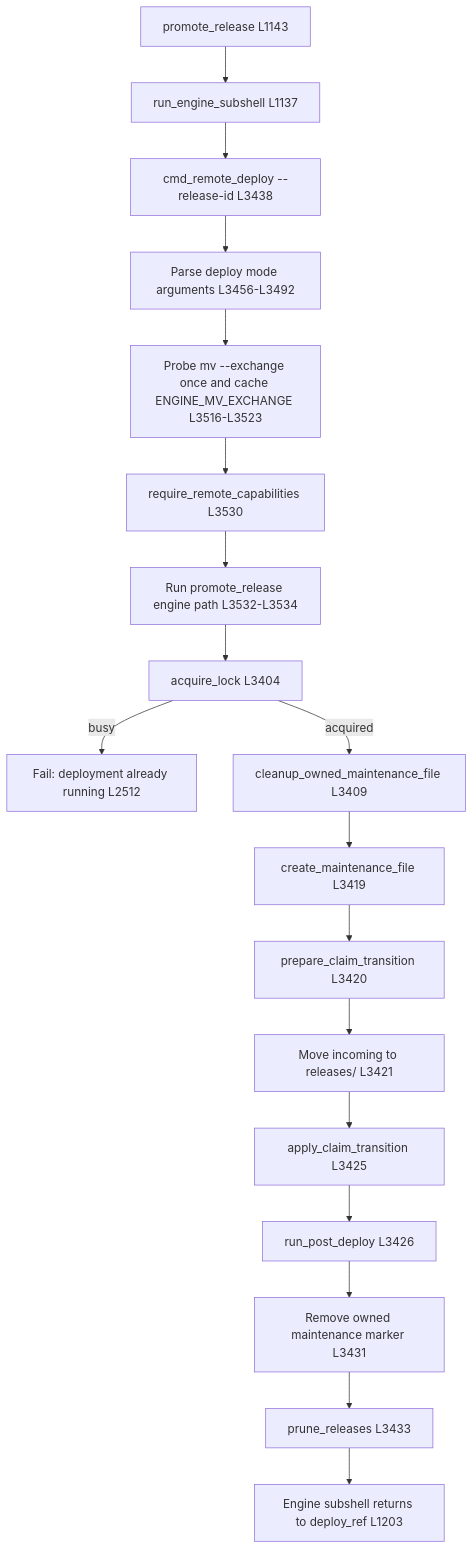
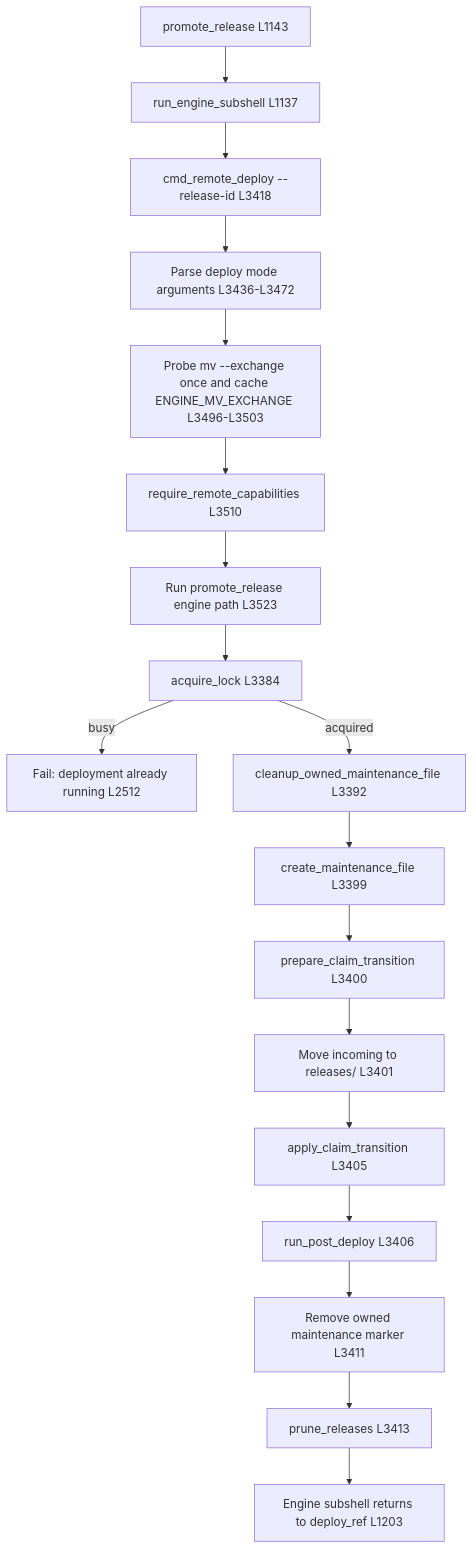
The eighth of 13 diagrams in docs/code-flow.md (aipokalyptik/wpcloud-site-git-deploy), drawn with Mermaid before and after one commit. The commit also changed other lines of this file and 5 other files, not shown here.

````diff
--- a/docs/code-flow.md
+++ b/docs/code-flow.md
@@ -277,21 +277,21 @@
 ```mermaid
 flowchart TD
   PROMOTE["promote_release L1143"] --> SUBSHELL["run_engine_subshell L1137"]
-  SUBSHELL --> ENGINE["cmd_remote_deploy --release-id L3438"]
-  ENGINE --> PARSE["Parse deploy mode arguments L3456-L3492"]
-  PARSE --> EXCHANGE["Probe mv --exchange once and cache ENGINE_MV_EXCHANGE L3516-L3523"]
-  EXCHANGE --> REQ["require_remote_capabilities L3530"]
-  REQ --> PATH["Run promote_release engine path L3532-L3534"]
+  SUBSHELL --> ENGINE["cmd_remote_deploy --release-id L3418"]
+  ENGINE --> PARSE["Parse deploy mode arguments L3436-L3472"]
+  PARSE --> EXCHANGE["Probe mv --exchange once and cache ENGINE_MV_EXCHANGE L3496-L3503"]
+  EXCHANGE --> REQ["require_remote_capabilities L3510"]
+  REQ --> PATH["Run promote_release engine path L3523"]
 
-  PATH --> LOCK["acquire_lock L3404"]
+  PATH --> LOCK["acquire_lock L3384"]
   LOCK -->|busy| BUSY["Fail: deployment already running L2512"]
-  LOCK -->|acquired| STALE["cleanup_owned_maintenance_file L3409"]
-  STALE --> MARKER["create_maintenance_file L3419"]
-  MARKER --> PREPARE["prepare_claim_transition L3420"]
-  PREPARE --> MOVE["Move incoming to releases/<release-id> L3421"]
-  MOVE --> APPLY["apply_claim_transition L3425"]
-  APPLY --> POST["run_post_deploy L3426"]
-  POST --> CLEAR["Remove owned maintenance marker L3431"]
-  CLEAR --> PRUNE["prune_releases L3433"]
+  LOCK -->|acquired| STALE["cleanup_owned_maintenance_file L3392"]
+  STALE --> MARKER["create_maintenance_file L3399"]
+  MARKER --> PREPARE["prepare_claim_transition L3400"]
+  PREPARE --> MOVE["Move incoming to releases/<release-id> L3401"]
+  MOVE --> APPLY["apply_claim_transition L3405"]
+  APPLY --> POST["run_post_deploy L3406"]
+  POST --> CLEAR["Remove owned maintenance marker L3411"]
+  CLEAR --> PRUNE["prune_releases L3413"]
   PRUNE --> RETURN["Engine subshell returns to deploy_ref L1203"]
 ```
````
